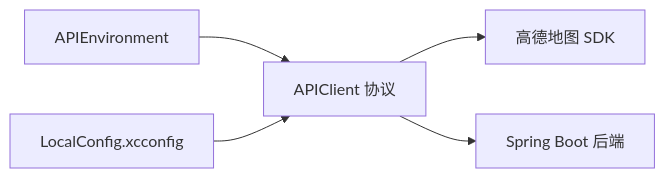
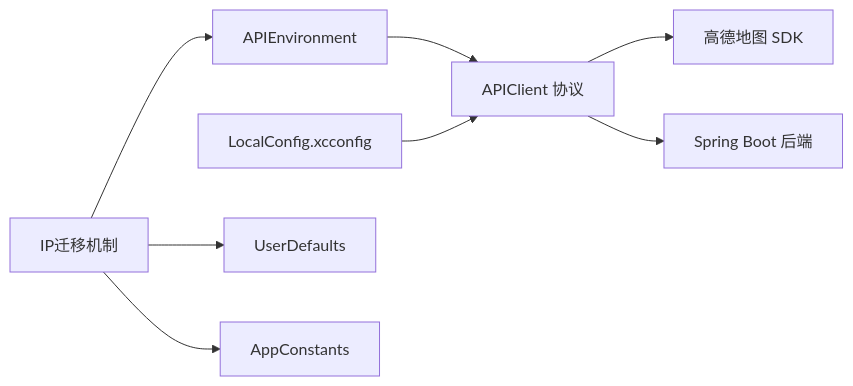
Before and after one commit to Jayden23018/blind-run-ios: the seventh of 7 diagrams in .qoder/repowiki/zh/content/配置与部署/环境配置.md, drawn with Mermaid. The commit also changed other lines of this file and 24 other files, not shown here.

````diff
--- a/.qoder/repowiki/zh/content/配置与部署/环境配置.md
+++ b/.qoder/repowiki/zh/content/配置与部署/环境配置.md
@@ -246,7 +325,10 @@
 ```mermaid
 graph LR
 ENV["APIEnvironment"] --> CLI["APIClient 协议"]
 KEY["LocalConfig.xcconfig"] --> CLI
+IPMIG["IP迁移机制"] --> ENV
 CLI --> MAP["高德地图 SDK"]
 CLI --> BE["Spring Boot 后端"]
+IPMIG --> UD["UserDefaults"]
+IPMIG --> CONST["AppConstants"]
 ```
````
